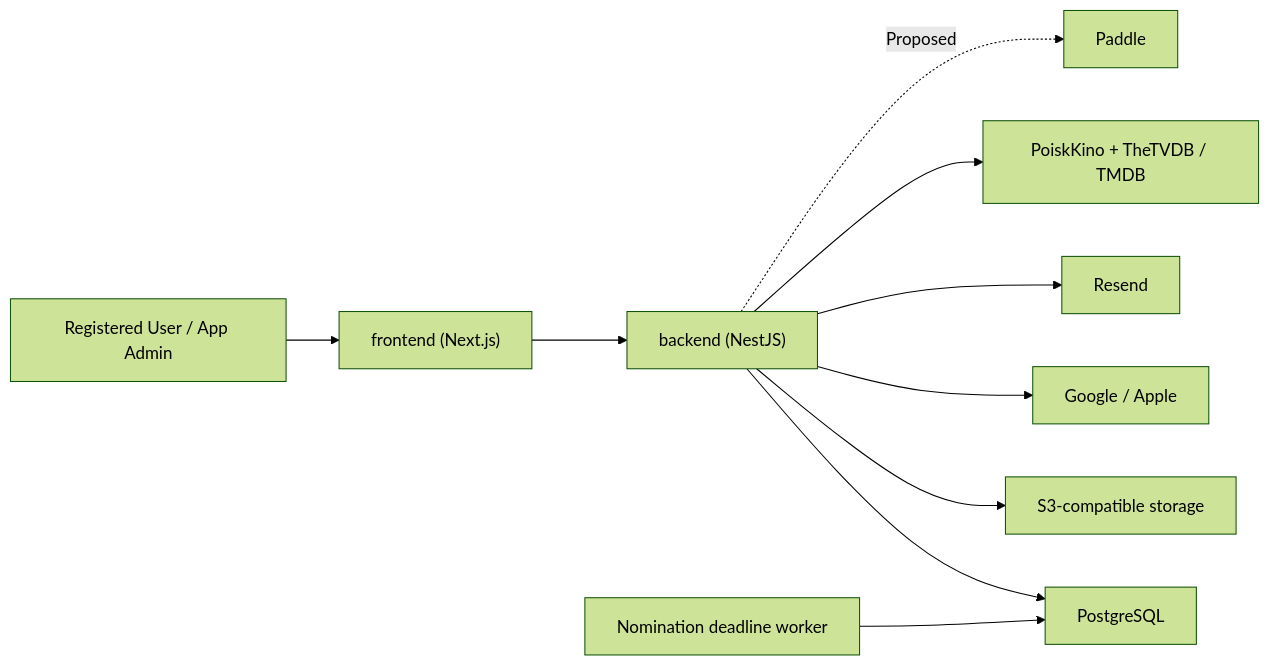
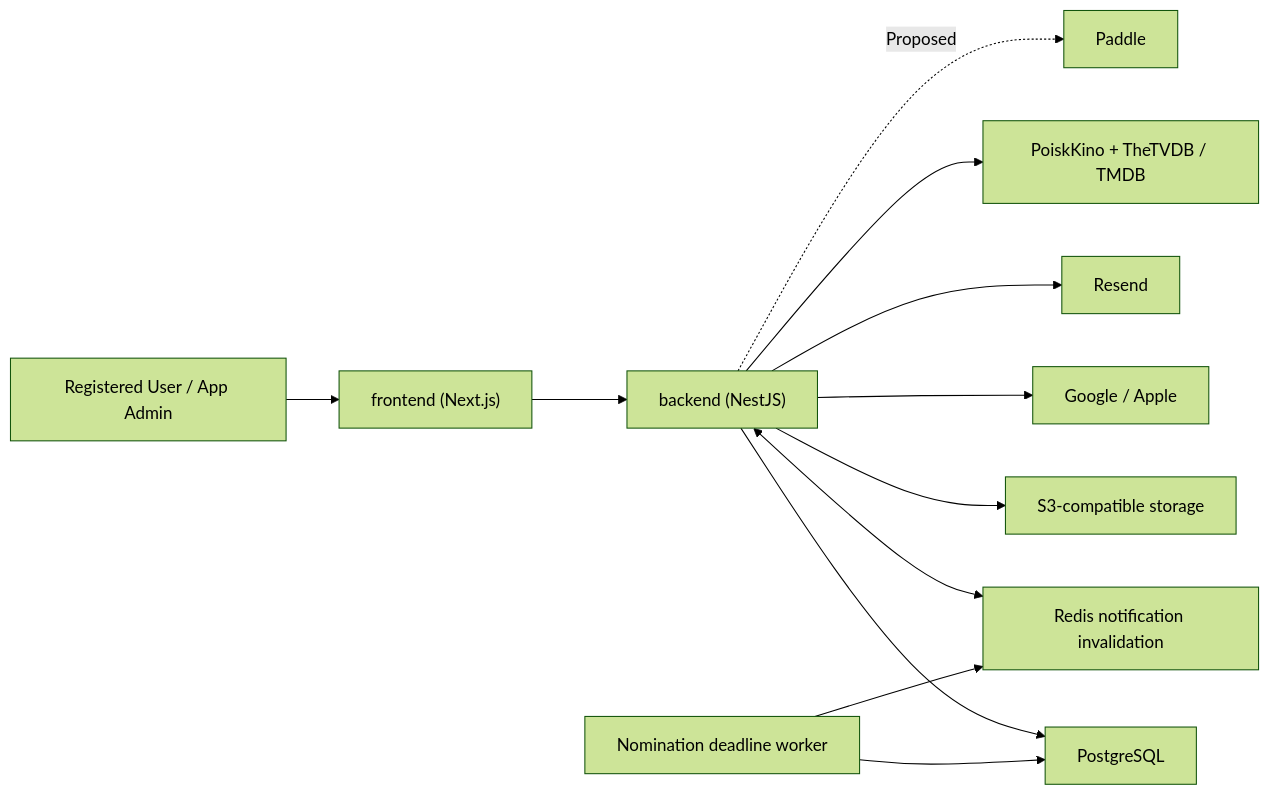
One commit to Shagon1k/PickFlick changed the first of 4 diagrams in ARCHITECTURE.md. Above: the diagram before and after it, drawn with Mermaid (forest theme). The commit also changed other lines of this file and 75 other files, not shown here.

````diff
--- a/ARCHITECTURE.md
+++ b/ARCHITECTURE.md
@@ -24,12 +24,14 @@
 ```mermaid
 flowchart LR
   User["Registered User / App Admin"] --> Frontend["frontend (Next.js)"]
   Frontend --> API["backend (NestJS)"]
   API --> DB["PostgreSQL"]
+  API <--> Redis["Redis notification invalidation"]
+  Worker --> Redis
   API --> Objects["S3-compatible storage"]
   API --> OAuth["Google / Apple"]
   API --> Email["Resend"]
   API --> Catalog["PoiskKino + TheTVDB / TMDB"]
   Worker["Nomination deadline worker"] --> DB
   API -. Proposed .-> Paddle["Paddle"]
 ```
````
